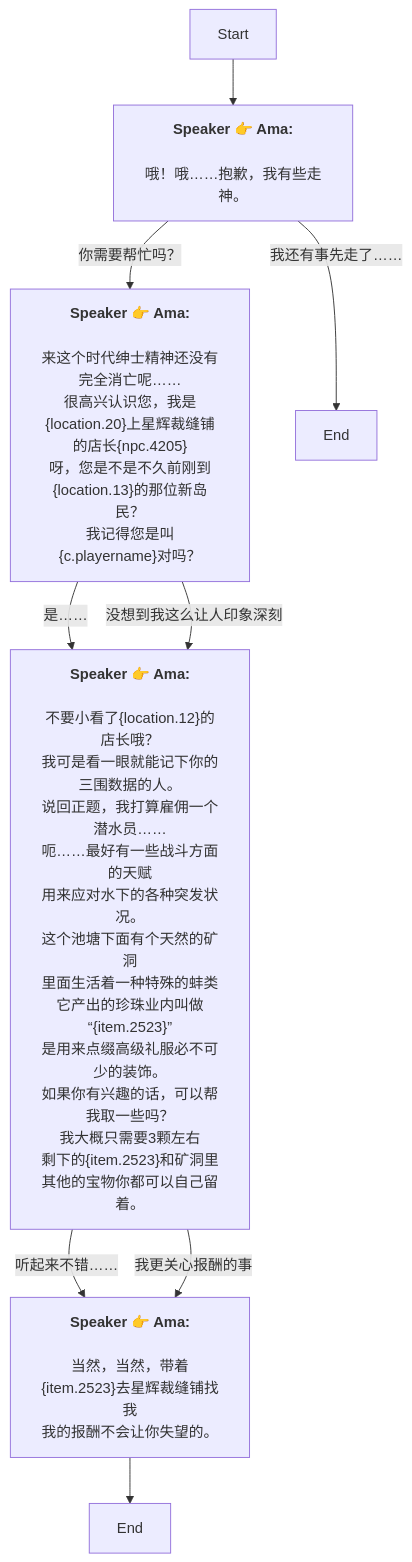
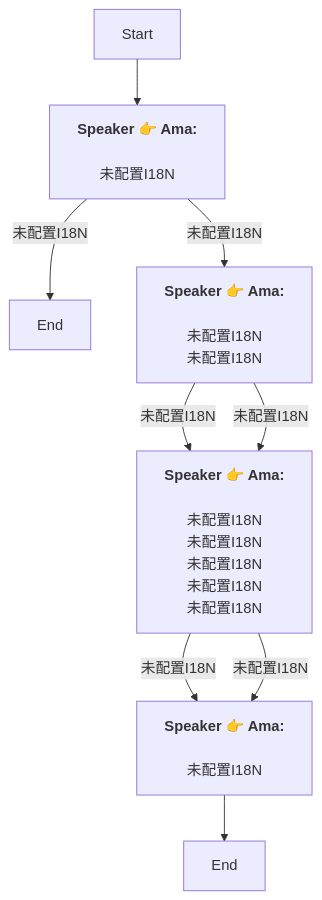
The diagram in Zh/QuestTalkObjectiveNode_1738785432749330.md (SoftHu/tos_avg), drawn with Mermaid before and after one commit. The commit also changed 780 other files, not shown here.

````diff
--- a/Zh/QuestTalkObjectiveNode_1738785432749330.md
+++ b/Zh/QuestTalkObjectiveNode_1738785432749330.md
@@ -1,36 +1,18 @@
 ```mermaid
 graph
 Start -->1738789015900297[<b>Speaker 👉 Ama:</b>
-\n哦！哦……抱歉，我有些走神。]
-1738789015900297 -->|你需要帮忙吗？|1738791385681039[<b>Speaker 👉 Ama:</b>
-\n来这个时代绅士精神还没有完全消亡呢……
-很高兴认识您，我是&lbrace;location.20&rbrace;上星辉裁缝铺的店长&lbrace;npc.4205&rbrace;\n呀，您是不是不久前刚到&lbrace;location.13&rbrace;的那位新岛民？
-我记得您是叫&lbrace;c.playername&rbrace;对吗？]
-1738789015900297 -->|我还有事先走了……|1738791397645456[End]
-1738791385681039 -->|是……|1738793950464150[<b>Speaker 👉 Ama:</b>
-\n不要小看了&lbrace;location.12&rbrace;的店长哦？
-我可是看一眼就能记下你的三围数据的人。\n说回正题，我打算雇佣一个潜水员……
-呃……最好有一些战斗方面的天赋
-用来应对水下的各种突发状况。\n这个池塘下面有个天然的矿洞
-里面生活着一种特殊的蚌类\n它产出的珍珠业内叫做“&lbrace;item.2523&rbrace;”
-是用来点缀高级礼服必不可少的装饰。\n如果你有兴趣的话，可以帮我取一些吗？
-我大概只需要3颗左右
-剩下的&lbrace;item.2523&rbrace;和矿洞里其他的宝物你都可以自己留着。]
-1738791385681039 -->|没想到我这么让人印象深刻|1738793950464150[<b>Speaker 👉 Ama:</b>
-\n不要小看了&lbrace;location.12&rbrace;的店长哦？
-我可是看一眼就能记下你的三围数据的人。\n说回正题，我打算雇佣一个潜水员……
-呃……最好有一些战斗方面的天赋
-用来应对水下的各种突发状况。\n这个池塘下面有个天然的矿洞
-里面生活着一种特殊的蚌类\n它产出的珍珠业内叫做“&lbrace;item.2523&rbrace;”
-是用来点缀高级礼服必不可少的装饰。\n如果你有兴趣的话，可以帮我取一些吗？
-我大概只需要3颗左右
-剩下的&lbrace;item.2523&rbrace;和矿洞里其他的宝物你都可以自己留着。]
-1738793950464150 -->|听起来不错……|1738794774083741[<b>Speaker 👉 Ama:</b>
-\n当然，当然，带着&lbrace;item.2523&rbrace;去星辉裁缝铺找我
-我的报酬不会让你失望的。]
-1738793950464150 -->|我更关心报酬的事|1738794774083741[<b>Speaker 👉 Ama:</b>
-\n当然，当然，带着&lbrace;item.2523&rbrace;去星辉裁缝铺找我
-我的报酬不会让你失望的。]
+\n未配置I18N]
+1738789015900297 -->|未配置I18N|1738791397645456[End]
+1738789015900297 -->|未配置I18N|1738791385681039[<b>Speaker 👉 Ama:</b>
+\n未配置I18N\n未配置I18N]
+1738791385681039 -->|未配置I18N|1738793950464150[<b>Speaker 👉 Ama:</b>
+\n未配置I18N\n未配置I18N\n未配置I18N\n未配置I18N\n未配置I18N]
+1738791385681039 -->|未配置I18N|1738793950464150[<b>Speaker 👉 Ama:</b>
+\n未配置I18N\n未配置I18N\n未配置I18N\n未配置I18N\n未配置I18N]
+1738793950464150 -->|未配置I18N|1738794774083741[<b>Speaker 👉 Ama:</b>
+\n未配置I18N]
+1738793950464150 -->|未配置I18N|1738794774083741[<b>Speaker 👉 Ama:</b>
+\n未配置I18N]
 1738794774083741 -->1738794837886110[End]
 
 ```
````
